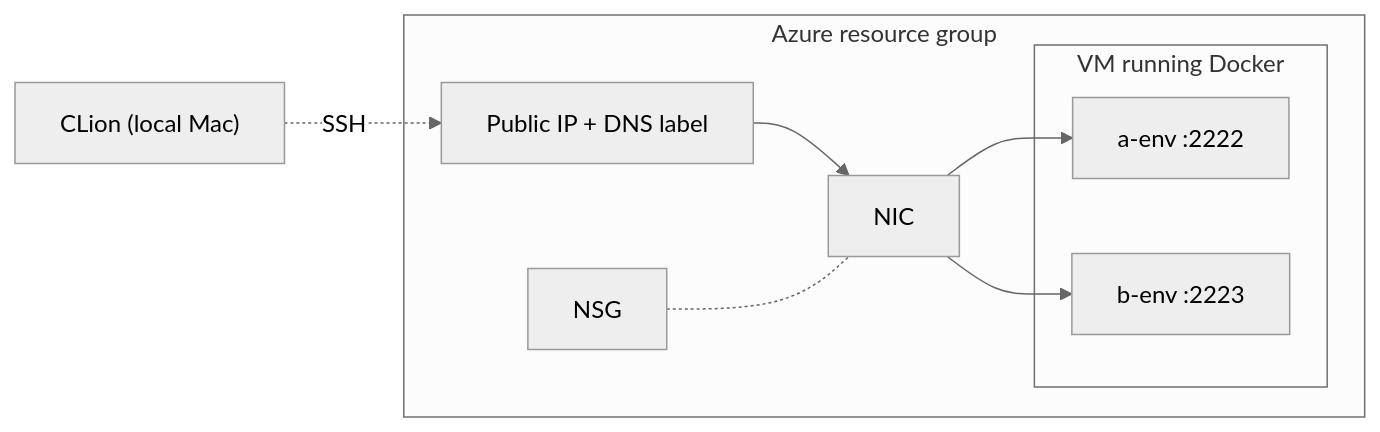
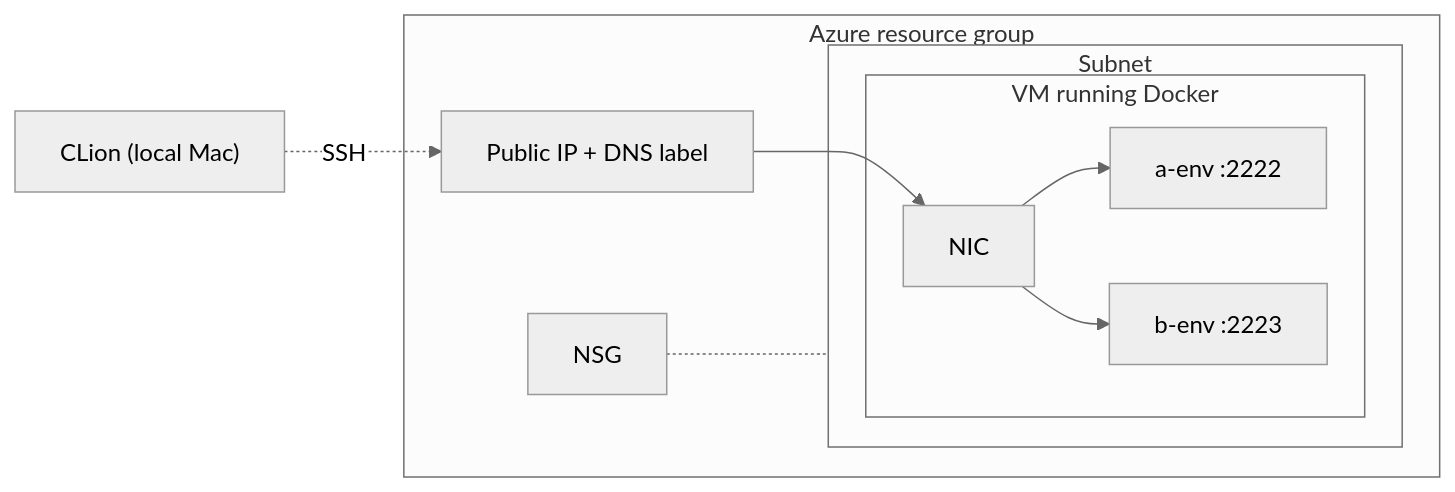
The diagram in ARCHITECTURE.md (kylemart/gt-omscs-infra), drawn with Mermaid (neutral theme) before and after one commit.

Commit message:
Nest NIC inside the VM and add a Subnet subgraph; NSG attaches to the subnet

````diff
--- a/ARCHITECTURE.md
+++ b/ARCHITECTURE.md
@@ -7,21 +7,23 @@
 ```mermaid
 graph LR
     CLion["CLion (local Mac)"]
 
     subgraph RG["Azure resource group"]
         IP["Public IP + DNS label"]
-        NIC["NIC"]
         NSG["NSG"]
 
-        subgraph VM["VM running Docker"]
-            a["a-env :2222"]
-            b["b-env :2223"]
+        subgraph subnet["Subnet"]
+            subgraph VM["VM running Docker"]
+                NIC["NIC"]
+                a["a-env :2222"]
+                b["b-env :2223"]
+            end
         end
     end
 
     CLion -.->|SSH| IP
     IP --> NIC
     NIC --> a
     NIC --> b
-    NSG -.- NIC
+    NSG -.- subnet
 ```
````
